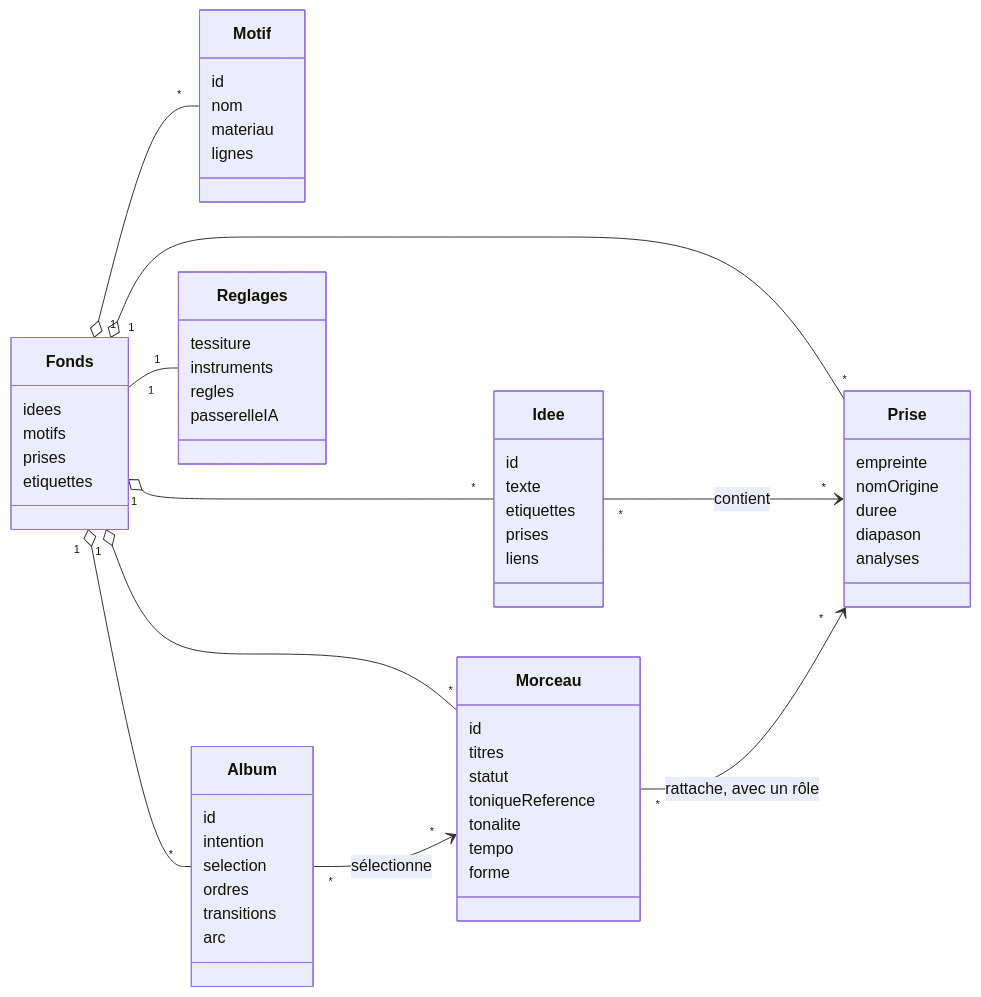
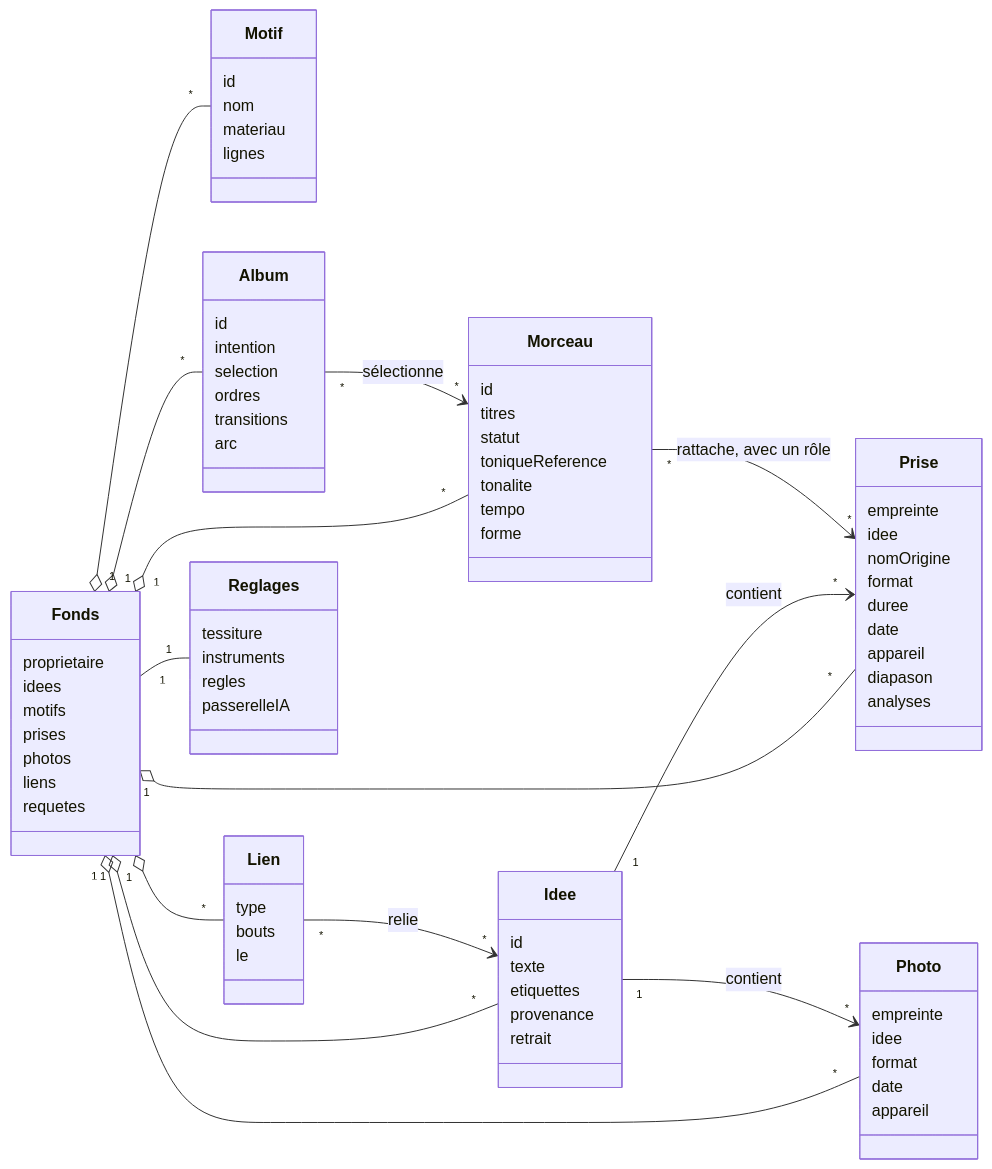
One commit to EdouardZemb/pupitre changed the first of 7 diagrams in docs/30-modele-de-domaine.md. Above: the diagram before and after it, drawn with Mermaid. The commit also changed other lines of this file and 24 other files, not shown here.

````diff
--- a/docs/30-modele-de-domaine.md
+++ b/docs/30-modele-de-domaine.md
@@ -17,17 +17,20 @@
 classDiagram
   direction LR
   class Fonds {
+    proprietaire
     idees
     motifs
     prises
-    etiquettes
+    photos
+    liens
+    requetes
   }
   class Idee {
     id
     texte
     etiquettes
-    prises
-    liens
+    provenance
+    retrait
   }
   class Motif {
     id
@@ -37,10 +40,26 @@
   }
   class Prise {
     empreinte
+    idee
     nomOrigine
+    format
     duree
+    date
+    appareil
     diapason
     analyses
+  }
+  class Photo {
+    empreinte
+    idee
+    format
+    date
+    appareil
+  }
+  class Lien {
+    type
+    bouts
+    le
   }
   class Morceau {
     id
@@ -68,10 +87,14 @@
   Fonds "1" o-- "*" Idee
   Fonds "1" o-- "*" Motif
   Fonds "1" o-- "*" Prise
+  Fonds "1" o-- "*" Photo
+  Fonds "1" o-- "*" Lien
   Fonds "1" o-- "*" Morceau
   Fonds "1" o-- "*" Album
   Fonds "1" -- "1" Reglages
-  Idee "*" --> "*" Prise : contient
+  Idee "1" --> "*" Prise : contient
+  Idee "1" --> "*" Photo : contient
+  Lien "*" --> "*" Idee : relie
   Morceau "*" --> "*" Prise : rattache, avec un rôle
   Album "*" --> "*" Morceau : sélectionne
 ```
````
